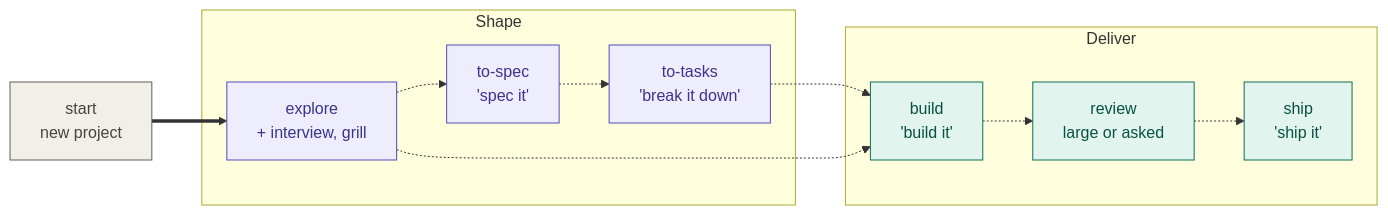
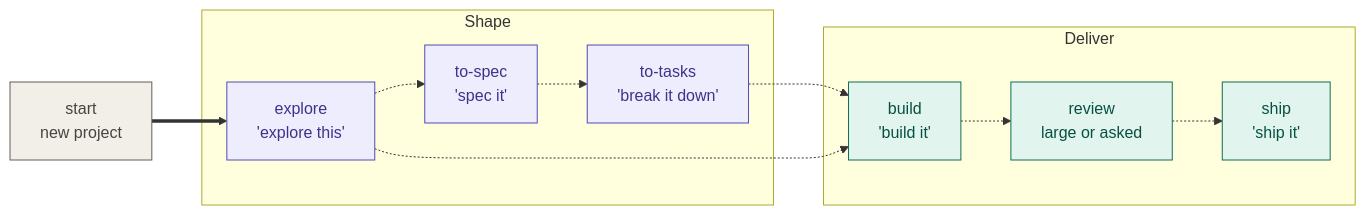
The diagram in README.md (gaboesquivel/flow-skills), drawn with Mermaid before and after one commit. The commit also changed other lines of this file and 147 other files, not shown here.

````diff
--- a/README.md
+++ b/README.md
@@ -55,25 +59,25 @@
 ```mermaid
 flowchart LR
   accTitle: Flow's skills from a new project to shipped work
   accDescr: start leads into explore; shaping runs through to-spec and to-tasks, or straight to build; delivery runs build, then ship, with review when the change is large or you ask.
   start["start<br/>new project"] ==> explore
   subgraph shapeGroup [Shape]
-    explore["explore<br/>+ interview, grill"]
+    explore["explore<br/>'explore this'"]
     spec["to-spec<br/>'spec it'"]
     tasks["to-tasks<br/>'break it down'"]
   end
   subgraph deliverGroup [Deliver]
     build["build<br/>'build it'"]
     review["review<br/>large or asked"]
     ship["ship<br/>'ship it'"]
   end
   explore -.-> spec -.-> tasks -.-> build
   explore -.-> build
   build -.-> review -.-> ship
   classDef shapeNode fill:#EEEDFE,stroke:#534AB7,color:#3C3489
   classDef deliverNode fill:#E1F5EE,stroke:#0F6E56,color:#085041
   classDef startNode fill:#F1EFE8,stroke:#5F5E5A,color:#444441
   class explore,spec,tasks shapeNode
   class build,review,ship deliverNode
   class start startNode
 ```
````
